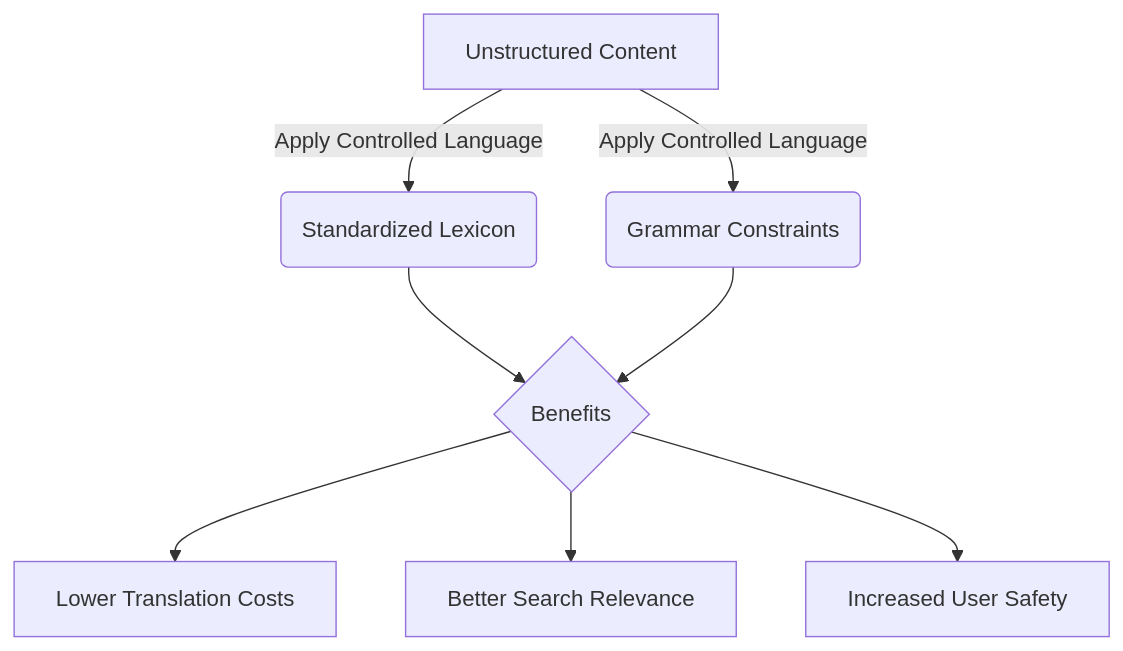
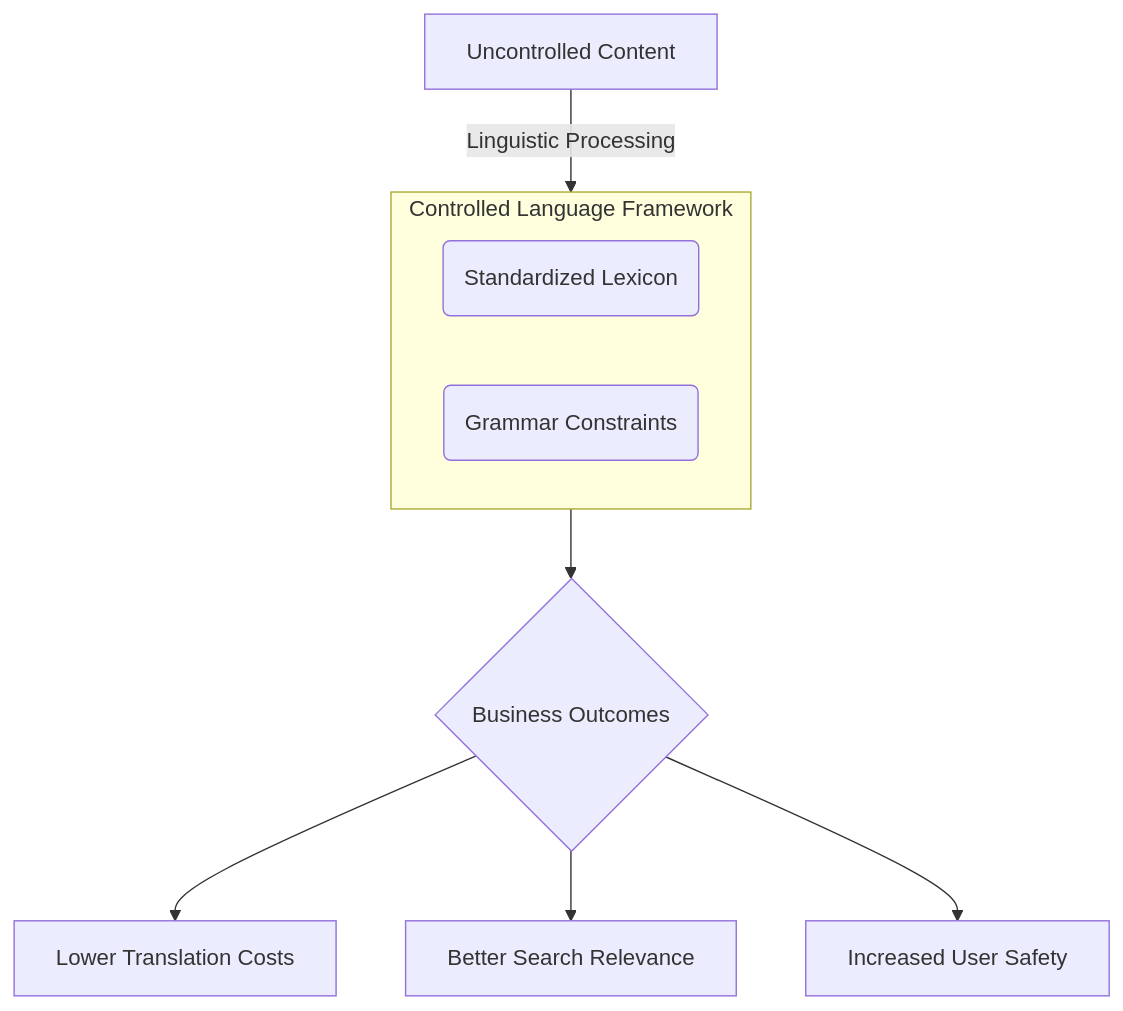
One commit to vaishvanara/techwritingkb changed the diagram in docs/industry-terms/controlled-language.md. Above: the diagram before and after it, drawn with Mermaid. The commit also changed other lines of this file and 51 other files, not shown here.

````diff
--- a/docs/industry-terms/controlled-language.md
+++ b/docs/industry-terms/controlled-language.md
@@ -30,10 +30,13 @@
 ```mermaid
 graph TD
-    A[Unstructured Content] -->|Apply Controlled Language| B(Standardized Lexicon)
-    A -->|Apply Controlled Language| C(Grammar Constraints)
-    B --> D{Benefits}
-    C --> D
+    subgraph Framework [Controlled Language Framework]
+    B(Standardized Lexicon)
+    C(Grammar Constraints)
+    end
+    
+    A[Uncontrolled Content] -->|Linguistic Processing| Framework
+    Framework --> D{Business Outcomes}
     D --> E[Lower Translation Costs]
     D --> F[Better Search Relevance]
     D --> G[Increased User Safety]
 ```
````
